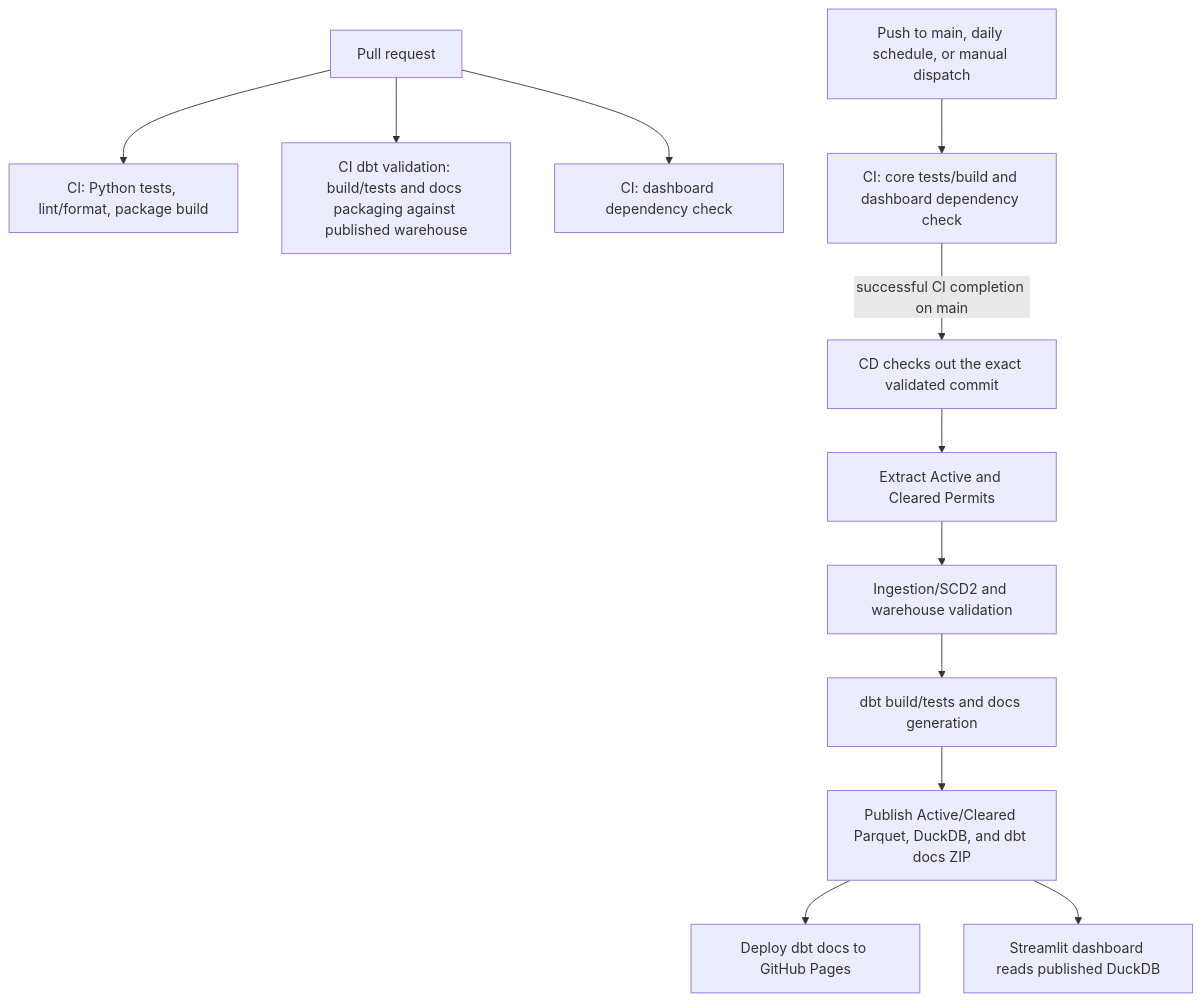
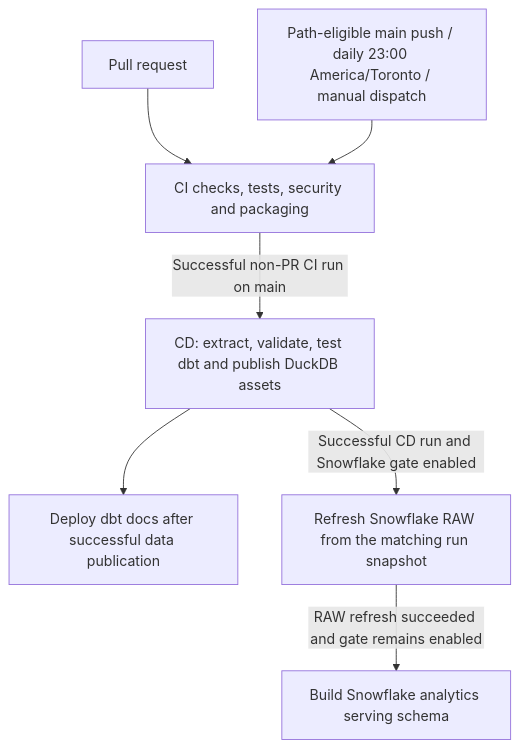
One commit to gagadanalyst/toronto-housing-bottleneck-analytics changed the second of 2 diagrams in README.md. Above: the diagram before and after it, drawn with Mermaid. The commit also changed other lines of this file and 1 other file, not shown here.

Commit message:
docs: document dual-backend operations and CI/CD flow

````diff
--- a/README.md
+++ b/README.md
@@ -121,14 +120,9 @@
 ```mermaid
-flowchart TD
-    PR["Pull request"] --> PYCHECK["CI: Python tests, lint/format, package build"]
-    PR --> DBTCHECK["CI dbt validation: build/tests and docs packaging against published warehouse"]
-    PR --> DEPCHECK["CI: dashboard dependency check"]
-    MAIN["Push to main, daily schedule, or manual dispatch"] --> CI["CI: core tests/build and dashboard dependency check"]
-    CI -->|successful CI completion on main| CD["CD checks out the exact validated commit"]
-    CD --> INGEST["Extract Active and Cleared Permits"]
-    INGEST --> VALIDATE["Ingestion/SCD2 and warehouse validation"]
-    VALIDATE --> DBT["dbt build/tests and docs generation"]
-    DBT --> PUB["Publish Active/Cleared Parquet, DuckDB, and dbt docs ZIP"]
-    PUB --> PAGES["Deploy dbt docs to GitHub Pages"]
-    PUB --> APP["Streamlit dashboard reads published DuckDB"]
+flowchart TB
+    PR[Pull request] --> CI[CI checks, tests, security and packaging]
+    TRIG[Path-eligible main push / daily 23:00 America/Toronto / manual dispatch] --> CI
+    CI -->|Successful non-PR CI run on main| CD[CD: extract, validate, test dbt and publish DuckDB assets]
+    CD --> DOCS[Deploy dbt docs after successful data publication]
+    CD -->|Successful CD run and Snowflake gate enabled| RAW[Refresh Snowflake RAW from the matching run snapshot]
+    RAW -->|RAW refresh succeeded and gate remains enabled| SERVE[Build Snowflake analytics serving schema]
 ```
````
